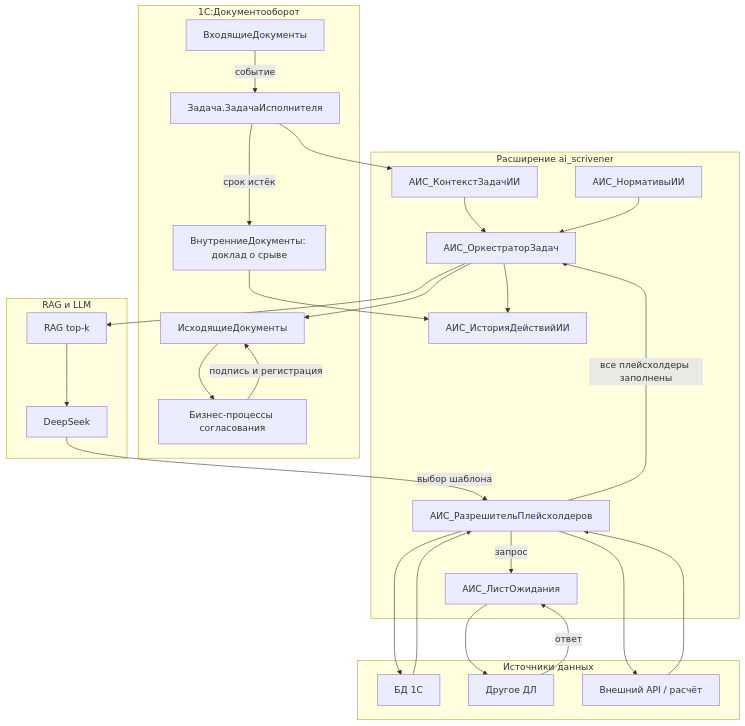
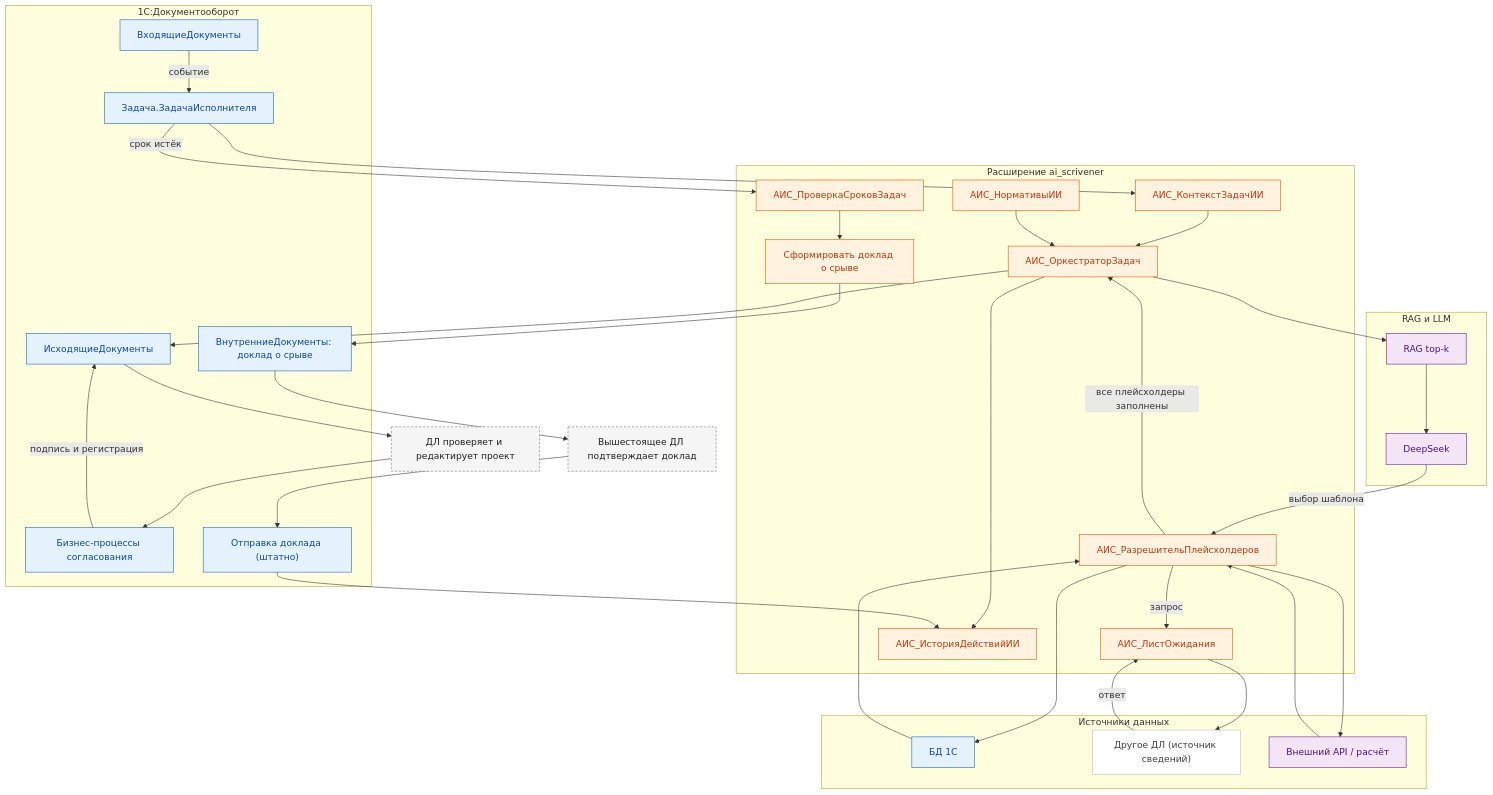
Before and after one commit to igorvolk1961/ai_scrivener: the second of 16 diagrams in docs/process-diagrams.md, drawn with Mermaid. The commit also changed other lines of this file and 16 other files, not shown here.

First line of the commit message:
Reorganize docs, add C4 model and color process diagrams

````diff
--- a/docs/process-diagrams.md
+++ b/docs/process-diagrams.md
@@ -64,44 +85,58 @@
 ```mermaid
 flowchart TD
   subgraph B1["1С:Документооборот"]
     IN["ВходящиеДокументы"]
     TASK["Задача.ЗадачаИсполнителя"]
     OUT["ИсходящиеДокументы"]
     BP["Бизнес-процессы согласования"]
     REPORT["ВнутренниеДокументы: доклад о срыве"]
+    SEND["Отправка доклада (штатно)"]
   end
   subgraph E1["Расширение ai_scrivener"]
     CTX["АИС_КонтекстЗадачИИ"]
     ORCH["АИС_ОркестраторЗадач"]
     RES["АИС_РазрешительПлейсхолдеров"]
     WAIT["АИС_ЛистОжидания"]
     AUDIT["АИС_ИсторияДействийИИ"]
     NORM["АИС_НормативыИИ"]
+    DEADLINE["АИС_ПроверкаСроковЗадач"]
+    ESCALATE["Сформировать доклад о срыве"]
   end
   subgraph AI1["RAG и LLM"]
     RAG["RAG top-k"]
     LLM["DeepSeek"]
   end
   subgraph SRC["Источники данных"]
     DB["БД 1С"]
-    DL2["Другое ДЛ"]
+    DL2["Другое ДЛ (источник сведений)"]
     API["Внешний API / расчёт"]
   end
+  VERIFY["ДЛ проверяет и редактирует проект"]
+  CONFIRM["Вышестоящее ДЛ подтверждает доклад"]
   IN -->|"событие"| TASK
   TASK --> CTX --> ORCH
   ORCH --> RAG --> LLM
   LLM -->|"выбор шаблона"| RES
   RES --> DB
   RES -->|"запрос"| WAIT --> DL2
   RES --> API
   DB --> RES
   DL2 -->|"ответ"| WAIT
   API --> RES
   RES -->|"все плейсхолдеры заполнены"| ORCH
-  ORCH --> OUT --> BP
+  ORCH --> OUT --> VERIFY --> BP
   BP -->|"подпись и регистрация"| OUT
   ORCH --> AUDIT
   NORM --> ORCH
-  TASK -->|"срок истёк"| REPORT
-  REPORT --> AUDIT
+  TASK -->|"срок истёк"| DEADLINE --> ESCALATE --> REPORT --> CONFIRM --> SEND --> AUDIT
+  classDef base fill:#E3F2FD,stroke:#1565C0,color:#0D47A1
+  classDef ext fill:#FFF3E0,stroke:#E65100,color:#BF360C
+  classDef manual fill:#F5F5F5,stroke:#757575,color:#212121,stroke-dasharray: 4 3
+  classDef ai fill:#F3E5F5,stroke:#6A1B9A,color:#4A148C
+  classDef actor fill:#FFFFFF,stroke:#BDBDBD,color:#424242
+  class IN,TASK,OUT,BP,REPORT,SEND,DB base
+  class CTX,ORCH,RES,WAIT,AUDIT,NORM,DEADLINE,ESCALATE ext
+  class VERIFY,CONFIRM manual
+  class RAG,LLM,API ai
+  class DL2 actor
 ```
````
